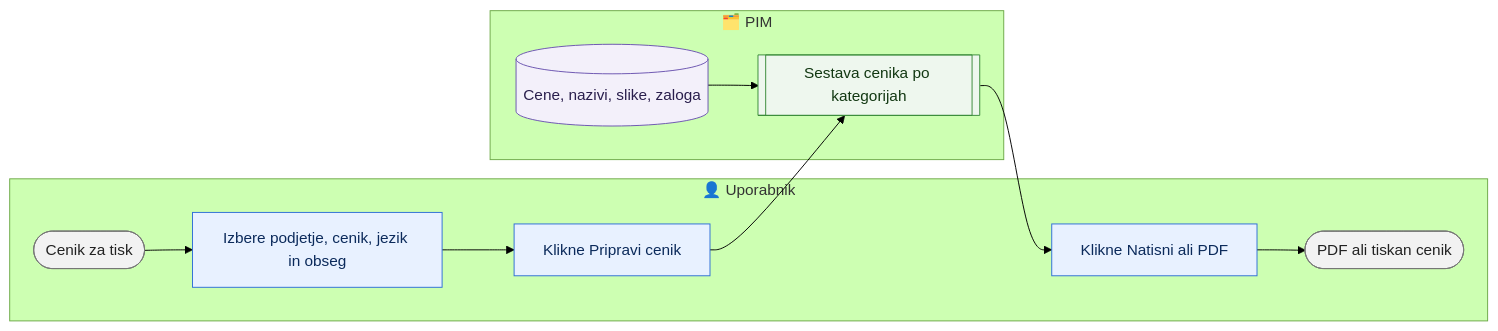
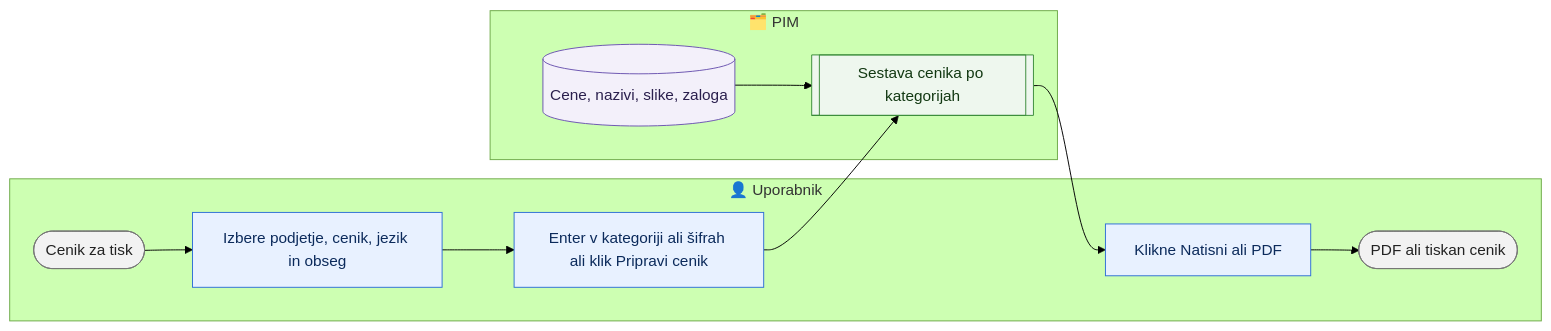
One commit to VidadriaITadmin/NoviPIM changed the diagram in docs/procesi/07-poslovanje/cenik-za-tisk.md. Above: the diagram before and after it, drawn with Mermaid (forest theme). The commit also changed other lines of this file and 4 other files, not shown here.

````diff
--- a/docs/procesi/07-poslovanje/cenik-za-tisk.md
+++ b/docs/procesi/07-poslovanje/cenik-za-tisk.md
@@ -47,23 +47,23 @@
 ```mermaid
 flowchart LR
   subgraph U["👤 Uporabnik"]
     A([Cenik za tisk]) --> B[Izbere podjetje, cenik, jezik in obseg]
-    B --> C[Klikne Pripravi cenik]
+    B --> C[Enter v kategoriji ali šifrah ali klik Pripravi cenik]
     D[Klikne Natisni ali PDF]
     E([PDF ali tiskan cenik])
   end
   subgraph P["🗂️ PIM"]
     F[[Sestava cenika po kategorijah]]
     G[(Cene, nazivi, slike, zaloga)]
   end
   C --> F
   G --> F
   F --> D --> E
 
   classDef user fill:#e8f1ff,stroke:#2f6fd6,color:#0b2a5b;
   classDef auto fill:#eef7ee,stroke:#3a8a3a,color:#123812;
   classDef wait fill:#fff4e0,stroke:#d08a00,color:#4a3000;
   classDef data fill:#f3f0fa,stroke:#6b54b0,color:#2a1f4d;
   classDef endp fill:#f2f2f2,stroke:#777,color:#222;
   class A,E endp; class B,C,D user; class F auto; class G data;
 ```
````
